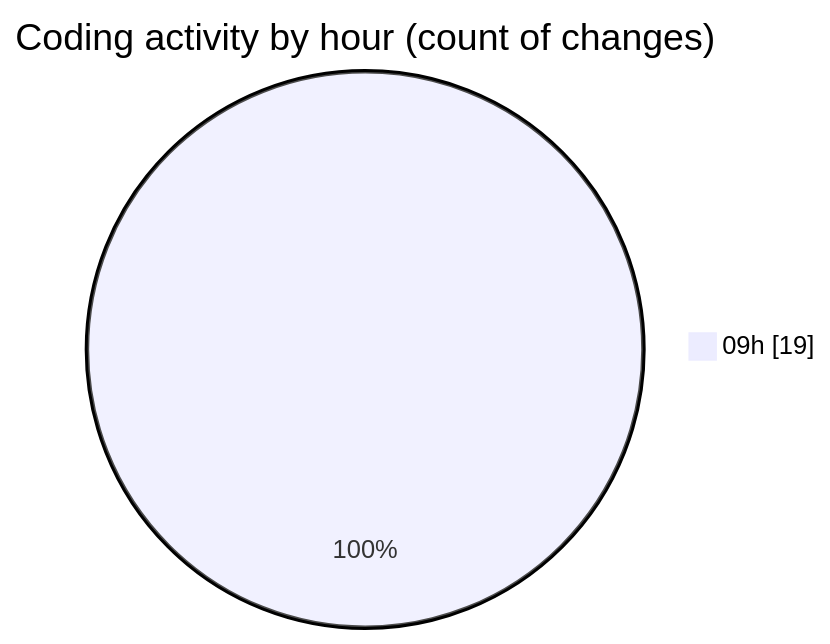
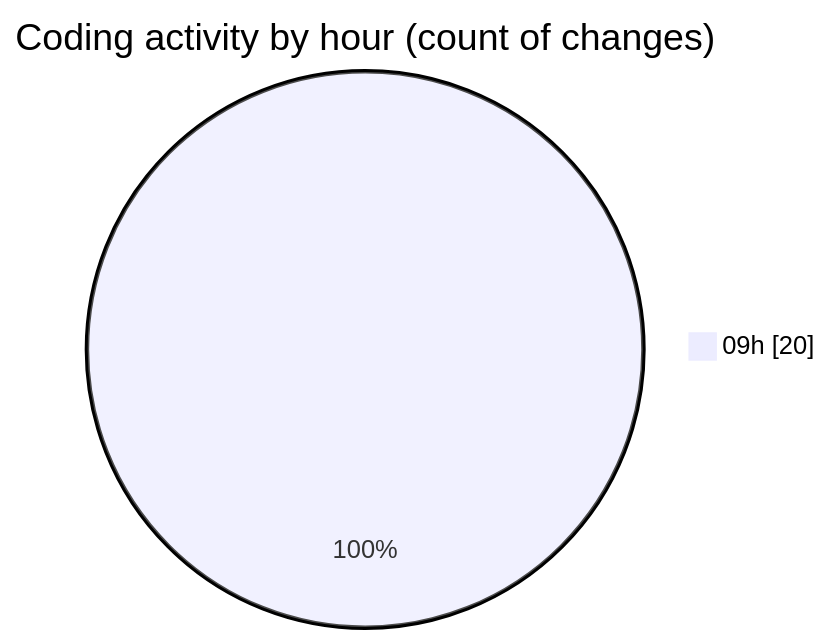
Before and after one commit to robertbonfada/code-tracking: the second of 2 diagrams in 2025-03-05/termonied_testador/README.md, drawn with Mermaid. The commit also changed other lines of this file and 1 other file, not shown here.

````diff
--- a/2025-03-05/termonied_testador/README.md
+++ b/2025-03-05/termonied_testador/README.md
@@ -31,5 +31,5 @@
 ```mermaid
 pie showData
 title Coding activity by hour (count of changes)
-"09h" : 19
+"09h" : 20
 ```
````
